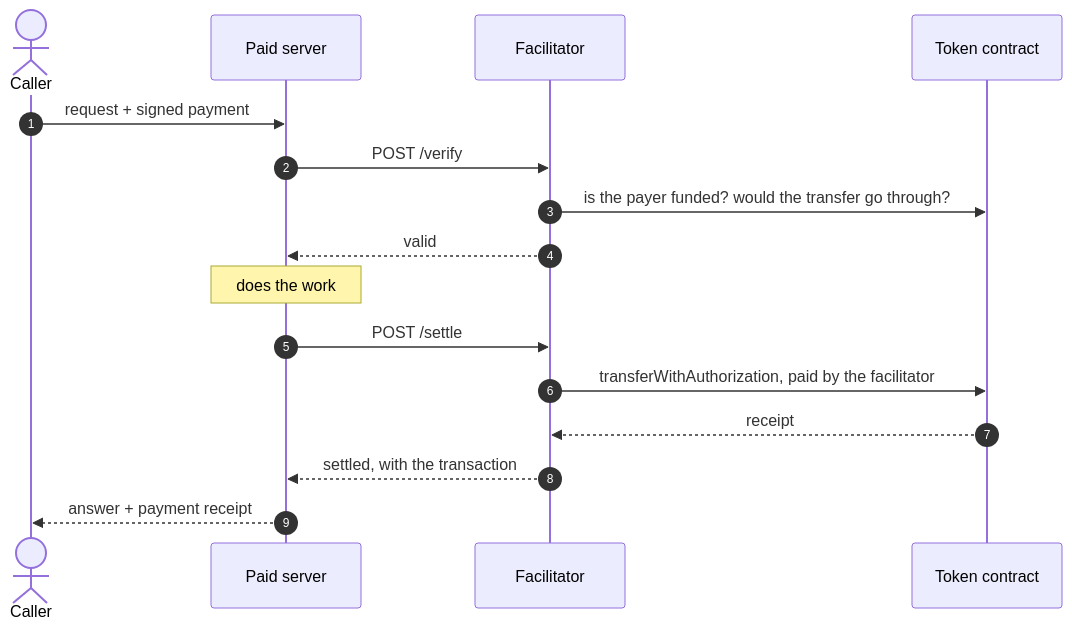
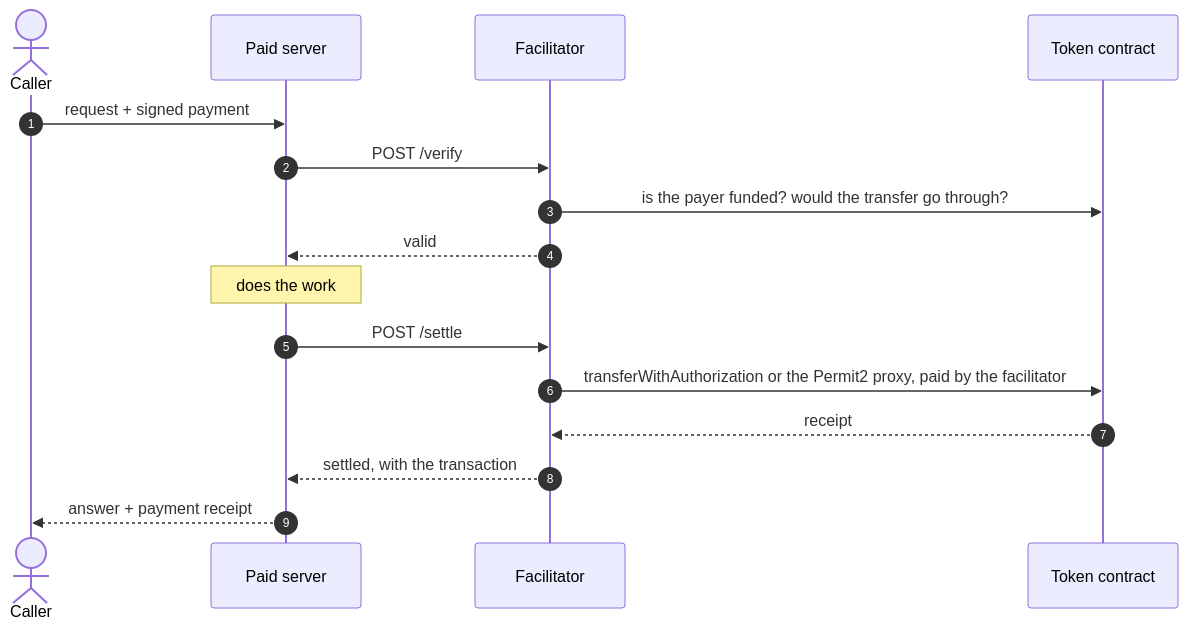
One commit to 6022-labs/agentic-x402-facilitator changed the diagram in README.md. Above: the diagram before and after it, drawn with Mermaid. The commit also changed other lines of this file and 104 other files, not shown here.

````diff
--- a/README.md
+++ b/README.md
@@ -44,19 +44,19 @@
 ```mermaid
 sequenceDiagram
     autonumber
     actor C as Caller
     participant S as Paid server
     participant F as Facilitator
     participant T as Token contract
 
     C->>S: request + signed payment
     S->>F: POST /verify
     F->>T: is the payer funded? would the transfer go through?
     F-->>S: valid
     Note over S: does the work
     S->>F: POST /settle
-    F->>T: transferWithAuthorization, paid by the facilitator
+    F->>T: transferWithAuthorization or the Permit2 proxy, paid by the facilitator
     T-->>F: receipt
     F-->>S: settled, with the transaction
     S-->>C: answer + payment receipt
 ```
````
